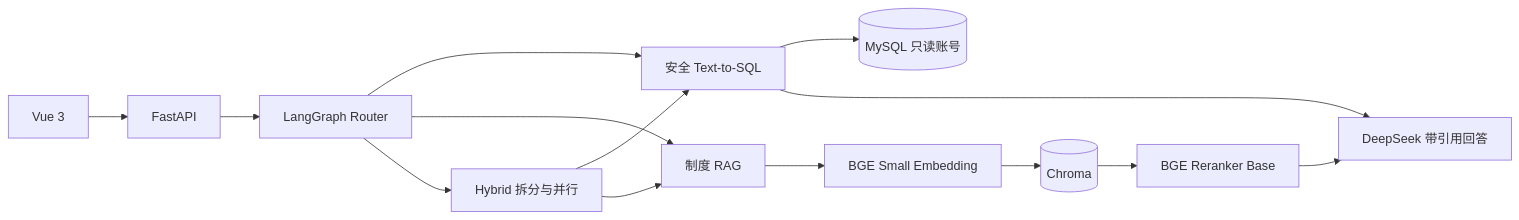
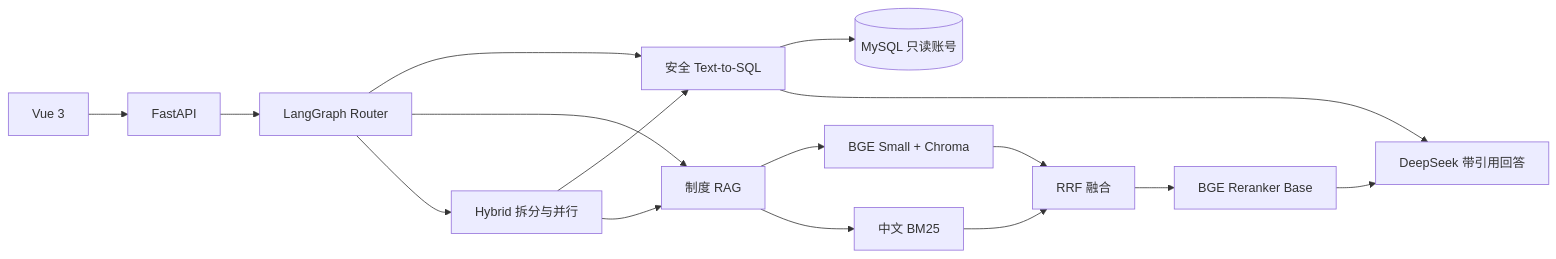
One commit to xxxjiejiejie/retail-insight-agent changed the diagram in README.md. Above: the diagram before and after it, drawn with Mermaid. The commit also changed other lines of this file and 20 other files, not shown here.

````diff
--- a/README.md
+++ b/README.md
@@ -44,16 +45,18 @@
 ```mermaid
 flowchart LR
     Vue["Vue 3"] --> API["FastAPI"]
     API --> Graph["LangGraph Router"]
     Graph --> SQL["安全 Text-to-SQL"]
     Graph --> RAG["制度 RAG"]
     Graph --> Hybrid["Hybrid 拆分与并行"]
     SQL --> MySQL[("MySQL 只读账号")]
-    RAG --> Embed["BGE Small Embedding"]
-    Embed --> Chroma[("Chroma")]
-    Chroma --> Reranker["BGE Reranker Base"]
+    RAG --> Vector["BGE Small + Chroma"]
+    RAG --> BM25["中文 BM25"]
+    Vector --> RRF["RRF 融合"]
+    BM25 --> RRF
+    RRF --> Reranker["BGE Reranker Base"]
     Reranker --> Answer["DeepSeek 带引用回答"]
     SQL --> Answer
     Hybrid --> SQL
     Hybrid --> RAG
 ```
````
